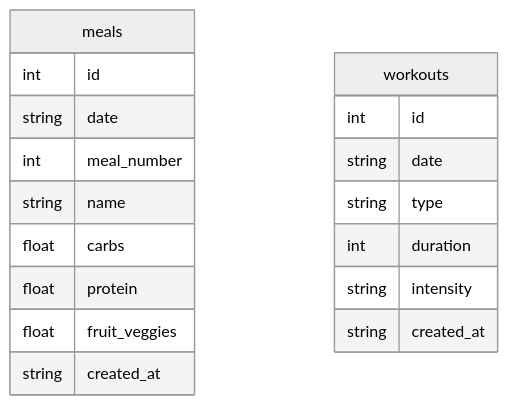
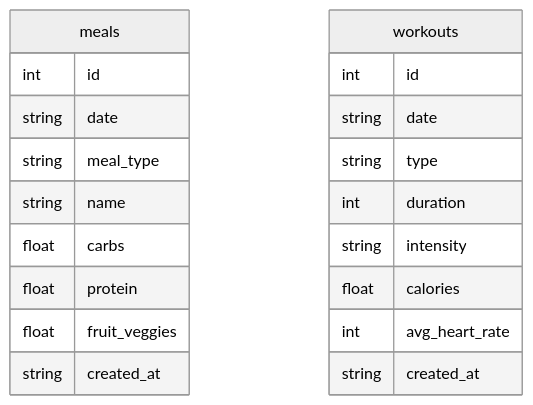
One commit to zok42/vita-track changed the third of 3 diagrams in README.md. Above: the diagram before and after it, drawn with Mermaid (neutral theme). The commit also changed other lines of this file and 11 other files, not shown here.

````diff
--- a/README.md
+++ b/README.md
@@ -188,21 +221,23 @@
 ```mermaid
 erDiagram
     meals {
         int id
         string date
-        int meal_number
+        string meal_type
         string name
         float carbs
         float protein
         float fruit_veggies
         string created_at
     }
     workouts {
         int id
         string date
         string type
         int duration
         string intensity
+        float calories
+        int avg_heart_rate
         string created_at
     }
 ```
````
